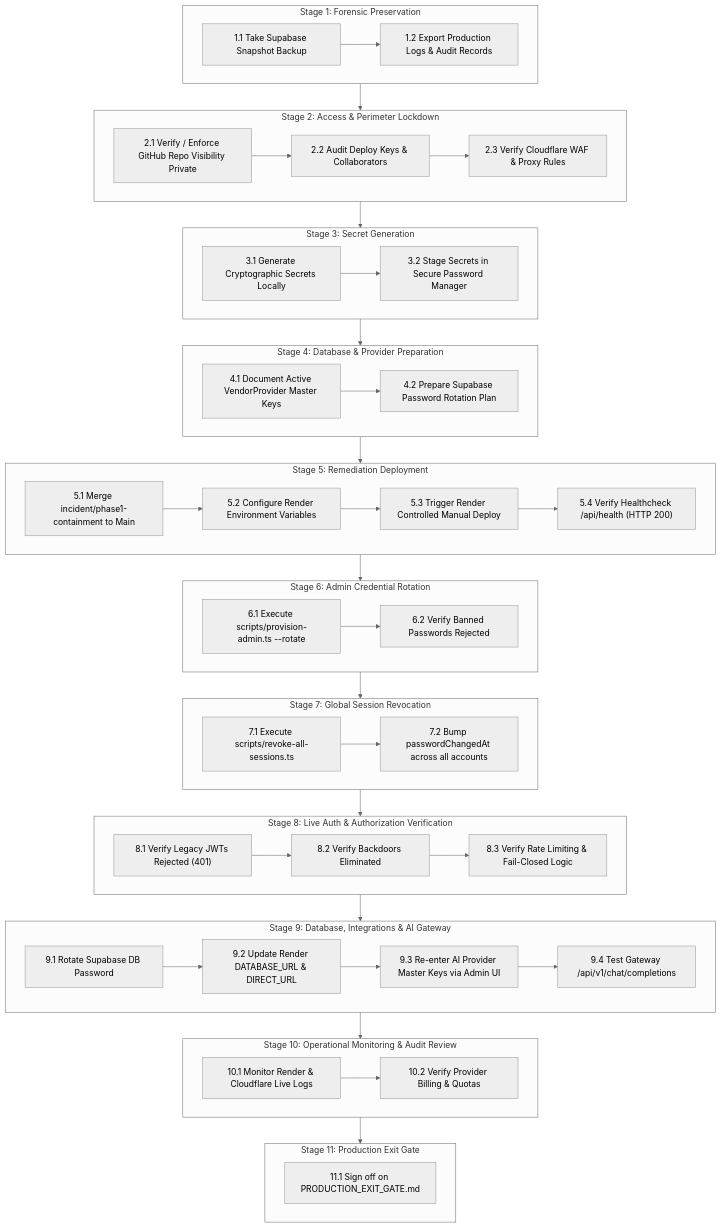
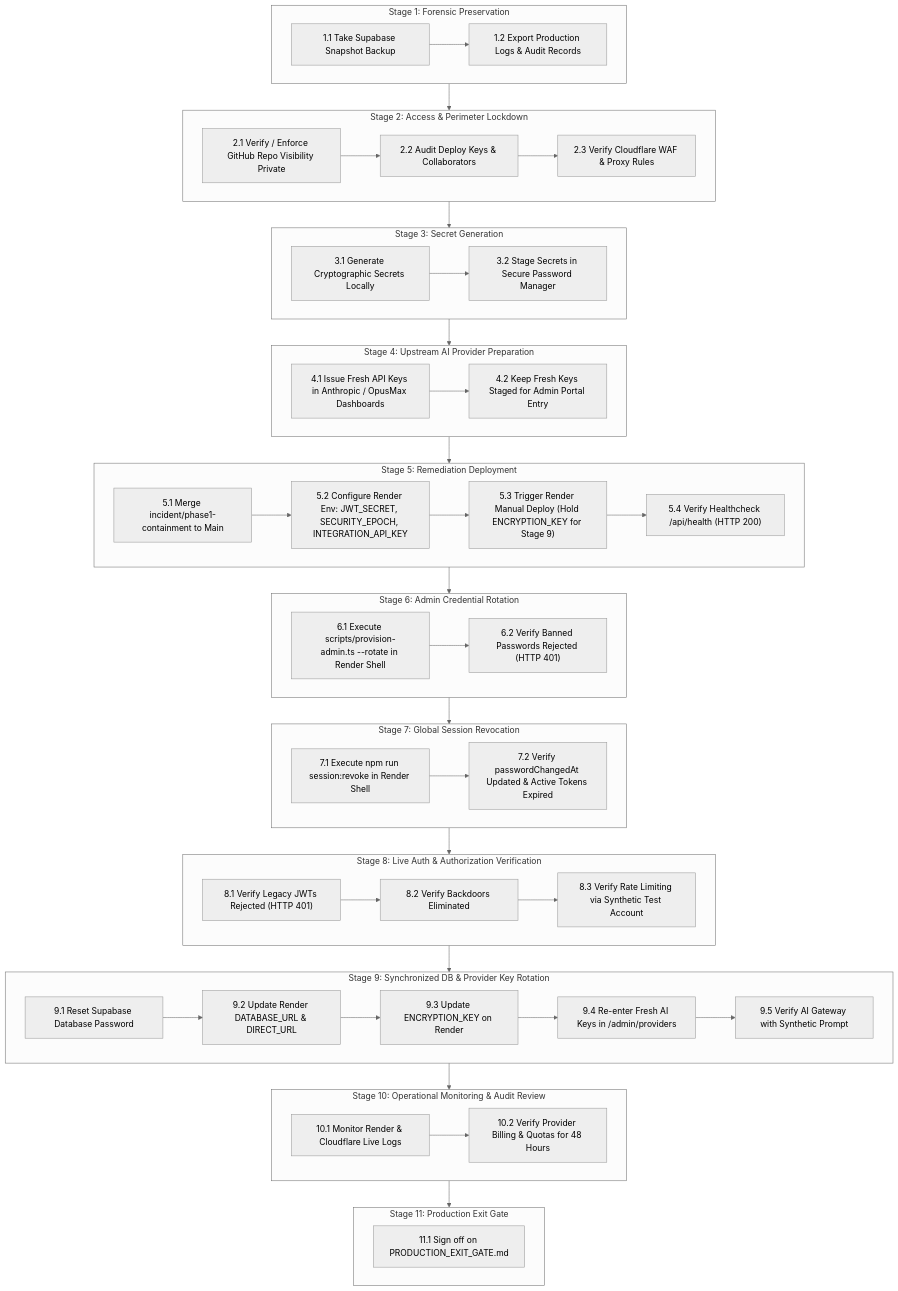
One commit to HopUppper/lightningdeals-api changed the diagram in docs/security/PRODUCTION_CONTAINMENT_RUNBOOK.md. Above: the diagram before and after it, drawn with Mermaid (neutral theme). The commit also changed other lines of this file and 6 other files, not shown here.

First line of the commit message:
security(safety): Final operational safety hardening and containment runbook reconciliation

````diff
--- a/docs/security/PRODUCTION_CONTAINMENT_RUNBOOK.md
+++ b/docs/security/PRODUCTION_CONTAINMENT_RUNBOOK.md
@@ -51,63 +51,64 @@
 ```mermaid
 flowchart TD
     subgraph STAGE_1 ["Stage 1: Forensic Preservation"]
         S1A["1.1 Take Supabase Snapshot Backup"] --> S1B["1.2 Export Production Logs & Audit Records"]
     end
 
     subgraph STAGE_2 ["Stage 2: Access & Perimeter Lockdown"]
         S2A["2.1 Verify / Enforce GitHub Repo Visibility Private"] --> S2B["2.2 Audit Deploy Keys & Collaborators"]
         S2B --> S2C["2.3 Verify Cloudflare WAF & Proxy Rules"]
     end
 
     subgraph STAGE_3 ["Stage 3: Secret Generation"]
         S3A["3.1 Generate Cryptographic Secrets Locally"] --> S3B["3.2 Stage Secrets in Secure Password Manager"]
     end
 
-    subgraph STAGE_4 ["Stage 4: Database & Provider Preparation"]
-        S4A["4.1 Document Active VendorProvider Master Keys"] --> S4B["4.2 Prepare Supabase Password Rotation Plan"]
+    subgraph STAGE_4 ["Stage 4: Upstream AI Provider Preparation"]
+        S4A["4.1 Issue Fresh API Keys in Anthropic / OpusMax Dashboards"] --> S4B["4.2 Keep Fresh Keys Staged for Admin Portal Entry"]
     end
 
     subgraph STAGE_5 ["Stage 5: Remediation Deployment"]
-        S5A["5.1 Merge incident/phase1-containment to Main"] --> S5B["5.2 Configure Render Environment Variables"]
-        S5B --> S5C["5.3 Trigger Render Controlled Manual Deploy"]
+        S5A["5.1 Merge incident/phase1-containment to Main"] --> S5B["5.2 Configure Render Env: JWT_SECRET, SECURITY_EPOCH, INTEGRATION_API_KEY"]
+        S5B --> S5C["5.3 Trigger Render Manual Deploy (Hold ENCRYPTION_KEY for Stage 9)"]
         S5C --> S5D["5.4 Verify Healthcheck /api/health (HTTP 200)"]
     end
 
     subgraph STAGE_6 ["Stage 6: Admin Credential Rotation"]
-        S6A["6.1 Execute scripts/provision-admin.ts --rotate"] --> S6B["6.2 Verify Banned Passwords Rejected"]
+        S6A["6.1 Execute scripts/provision-admin.ts --rotate in Render Shell"] --> S6B["6.2 Verify Banned Passwords Rejected (HTTP 401)"]
     end
 
     subgraph STAGE_7 ["Stage 7: Global Session Revocation"]
-        S7A["7.1 Execute scripts/revoke-all-sessions.ts"] --> S7B["7.2 Bump passwordChangedAt across all accounts"]
+        S7A["7.1 Execute npm run session:revoke in Render Shell"] --> S7B["7.2 Verify passwordChangedAt Updated & Active Tokens Expired"]
     end
 
     subgraph STAGE_8 ["Stage 8: Live Auth & Authorization Verification"]
-        S8A["8.1 Verify Legacy JWTs Rejected (401)"] --> S8B["8.2 Verify Backdoors Eliminated"]
-        S8B --> S8C["8.3 Verify Rate Limiting & Fail-Closed Logic"]
+        S8A["8.1 Verify Legacy JWTs Rejected (HTTP 401)"] --> S8B["8.2 Verify Backdoors Eliminated"]
+        S8B --> S8C["8.3 Verify Rate Limiting via Synthetic Test Account"]
     end
 
-    subgraph STAGE_9 ["Stage 9: Database, Integrations & AI Gateway"]
-        S9A["9.1 Rotate Supabase DB Password"] --> S9B["9.2 Update Render DATABASE_URL & DIRECT_URL"]
-        S9B --> S9C["9.3 Re-enter AI Provider Master Keys via Admin UI"]
-        S9C --> S9D["9.4 Test Gateway /api/v1/chat/completions"]
+    subgraph STAGE_9 ["Stage 9: Synchronized DB & Provider Key Rotation"]
+        S9A["9.1 Reset Supabase Database Password"] --> S9B["9.2 Update Render DATABASE_URL & DIRECT_URL"]
+        S9B --> S9C["9.3 Update ENCRYPTION_KEY on Render"]
+        S9C --> S9D["9.4 Re-enter Fresh AI Keys in /admin/providers"]
+        S9D --> S9E["9.5 Verify AI Gateway with Synthetic Prompt"]
     end
 
     subgraph STAGE_10 ["Stage 10: Operational Monitoring & Audit Review"]
-        S10A["10.1 Monitor Render & Cloudflare Live Logs"] --> S10B["10.2 Verify Provider Billing & Quotas"]
+        S10A["10.1 Monitor Render & Cloudflare Live Logs"] --> S10B["10.2 Verify Provider Billing & Quotas for 48 Hours"]
     end
 
     subgraph STAGE_11 ["Stage 11: Production Exit Gate"]
         S11A["11.1 Sign off on PRODUCTION_EXIT_GATE.md"]
     end
 
     STAGE_1 --> STAGE_2
     STAGE_2 --> STAGE_3
     STAGE_3 --> STAGE_4
     STAGE_4 --> STAGE_5
     STAGE_5 --> STAGE_6
     STAGE_6 --> STAGE_7
     STAGE_7 --> STAGE_8
     STAGE_8 --> STAGE_9
     STAGE_9 --> STAGE_10
     STAGE_10 --> STAGE_11
 ```
````
